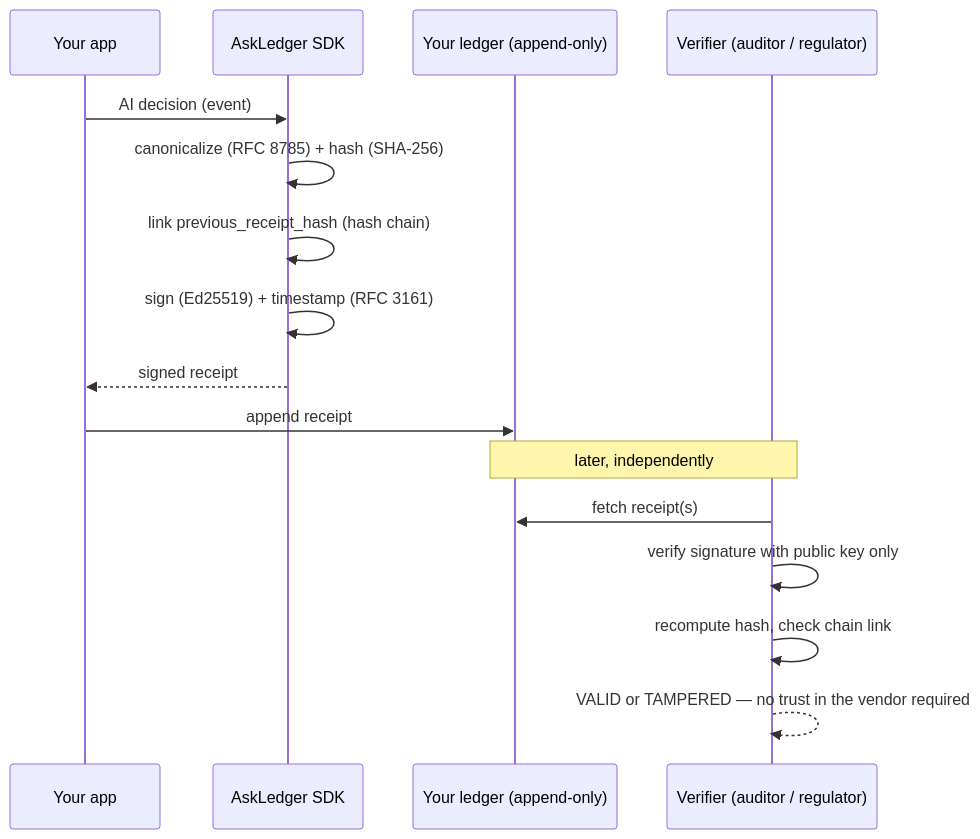
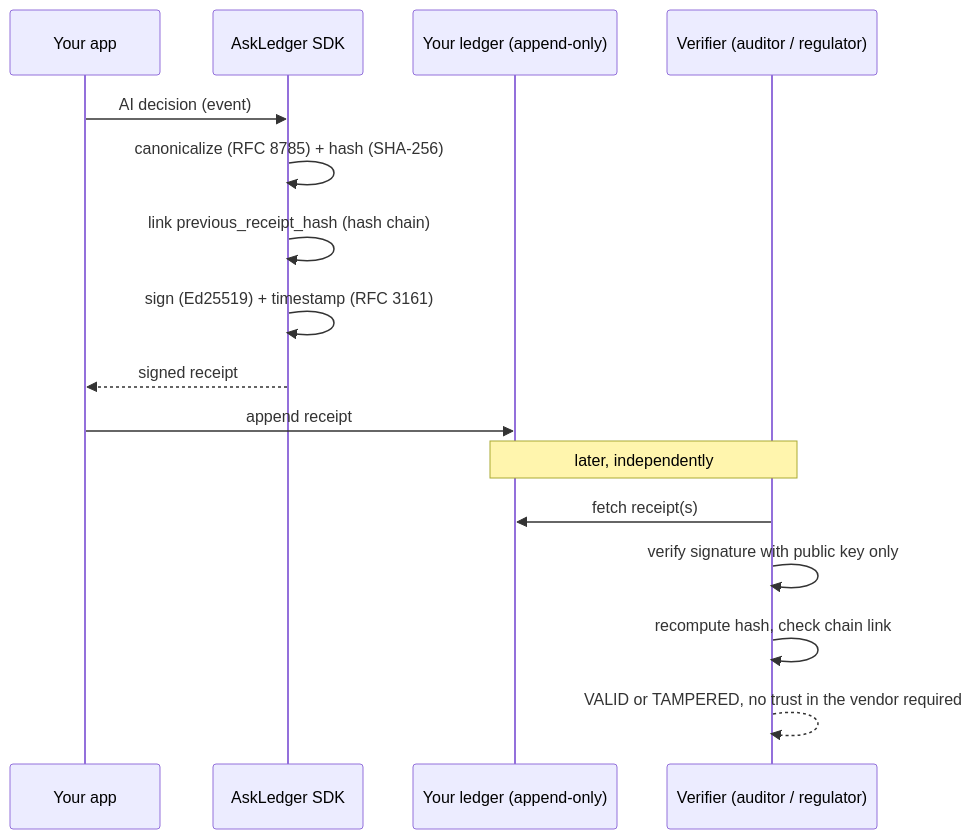
Before and after one commit to askledger/receipts-sdk: the first of 2 diagrams in README.md, drawn with Mermaid. The commit also changed other lines of this file and 7 other files, not shown here.

````diff
--- a/README.md
+++ b/README.md
@@ -74,18 +74,18 @@
 ```mermaid
 sequenceDiagram
     participant App as Your app
     participant SDK as AskLedger SDK
     participant Store as Your ledger (append-only)
     participant V as Verifier (auditor / regulator)
     App->>SDK: AI decision (event)
     SDK->>SDK: canonicalize (RFC 8785) + hash (SHA-256)
     SDK->>SDK: link previous_receipt_hash (hash chain)
     SDK->>SDK: sign (Ed25519) + timestamp (RFC 3161)
     SDK-->>App: signed receipt
     App->>Store: append receipt
     Note over V,Store: later, independently
     V->>Store: fetch receipt(s)
     V->>V: verify signature with public key only
     V->>V: recompute hash, check chain link
-    V-->>V: VALID or TAMPERED — no trust in the vendor required
+    V-->>V: VALID or TAMPERED, no trust in the vendor required
 ```
````
